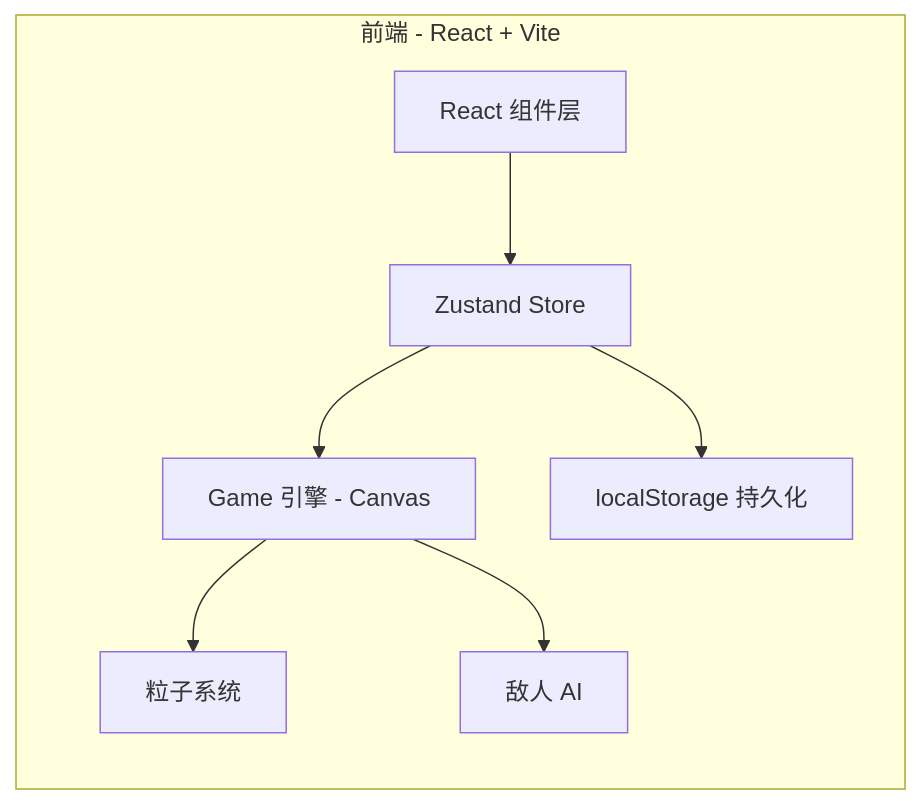
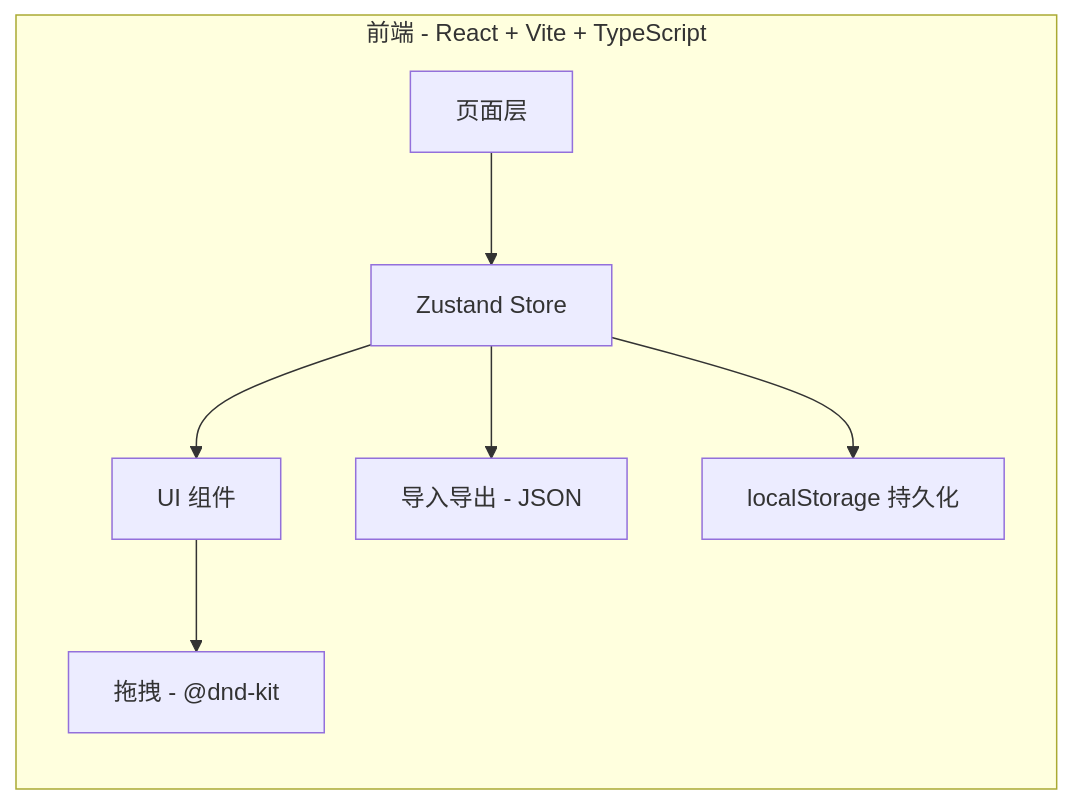
The first of 2 diagrams in .trae/documents/TechnicalArchitecture.md (woshiabc55/AE), drawn with Mermaid before and after one commit. The commit also changed other lines of this file and 38 other files, not shown here.

````diff
--- a/.trae/documents/TechnicalArchitecture.md
+++ b/.trae/documents/TechnicalArchitecture.md
@@ -5,17 +5,17 @@
 ```mermaid
 flowchart LR
-    subgraph Frontend[前端 - React + Vite]
-        UI[React 组件层]
+    subgraph Frontend[前端 - React + Vite + TypeScript]
+        Pages[页面层]
         Store[Zustand Store]
-        Game[Game 引擎 - Canvas]
-        Particles[粒子系统]
-        AI[敌人 AI]
+        Components[UI 组件]
+        DnD[拖拽 - @dnd-kit]
+        IO[导入导出 - JSON]
         Persist[localStorage 持久化]
     end
 
-    UI --> Store
-    Store --> Game
-    Game --> Particles
-    Game --> AI
+    Pages --> Store
+    Store --> Components
+    Components --> DnD
+    Store --> IO
     Store --> Persist
 ```
````
